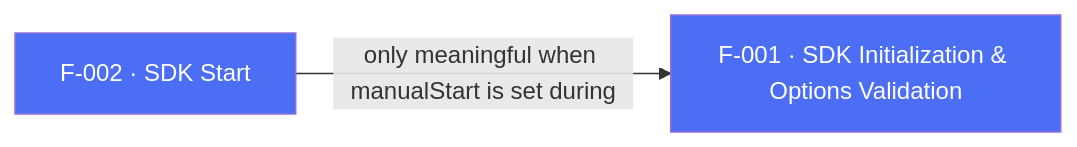
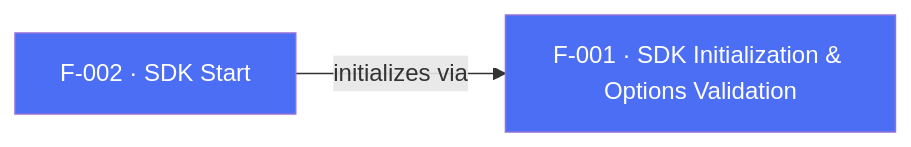
Before and after one commit to AppsFlyerSDK/appsflyer-flutter-plugin: the diagram in internal-docs/features/F-002-sdk-start.md, drawn with Mermaid. The commit also changed other lines of this file and 112 other files, not shown here.

First line of the commit message:
[DELIVERY-125863] Migrate Flutter plugin to AppsFlyer SDK 7 RPC architecture.

````diff
--- a/internal-docs/features/F-002-sdk-start.md
+++ b/internal-docs/features/F-002-sdk-start.md
@@ -75,5 +67,5 @@
 ```mermaid
 flowchart LR
-    F002["F-002 · SDK Start"]:::sdkCore -->|"only meaningful when manualStart is set during"| F001["F-001 · SDK Initialization & Options Validation"]:::sdkCore
+    F002["F-002 · SDK Start"]:::sdkCore -->|"initializes via"| F001["F-001 · SDK Initialization & Options Validation"]:::sdkCore
     classDef sdkCore fill:#4C6EF5,color:#fff
 ```
````
